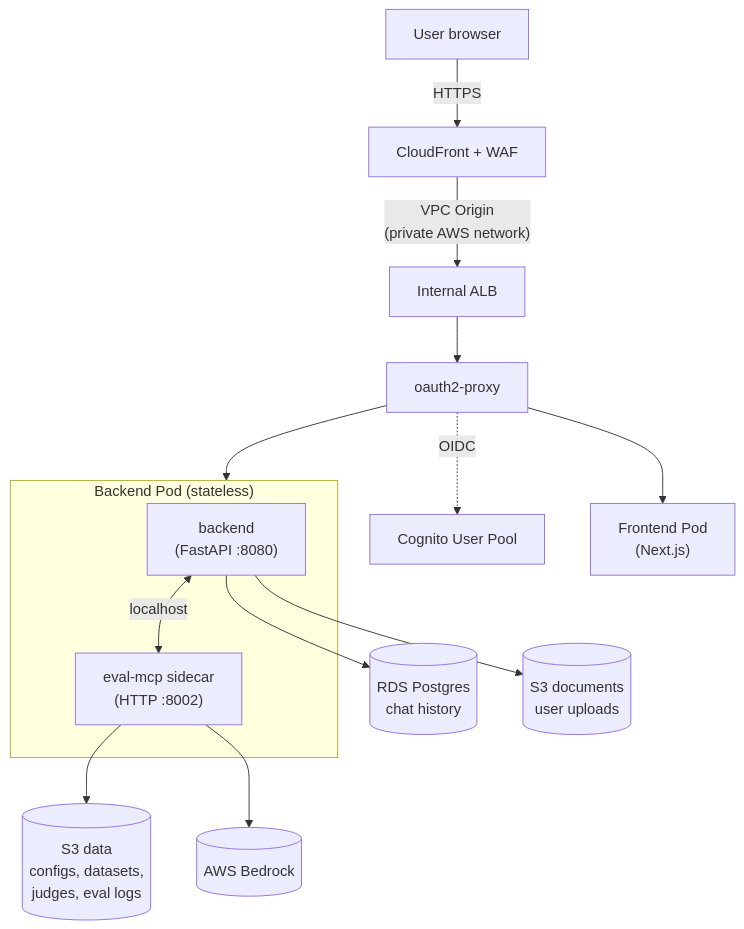
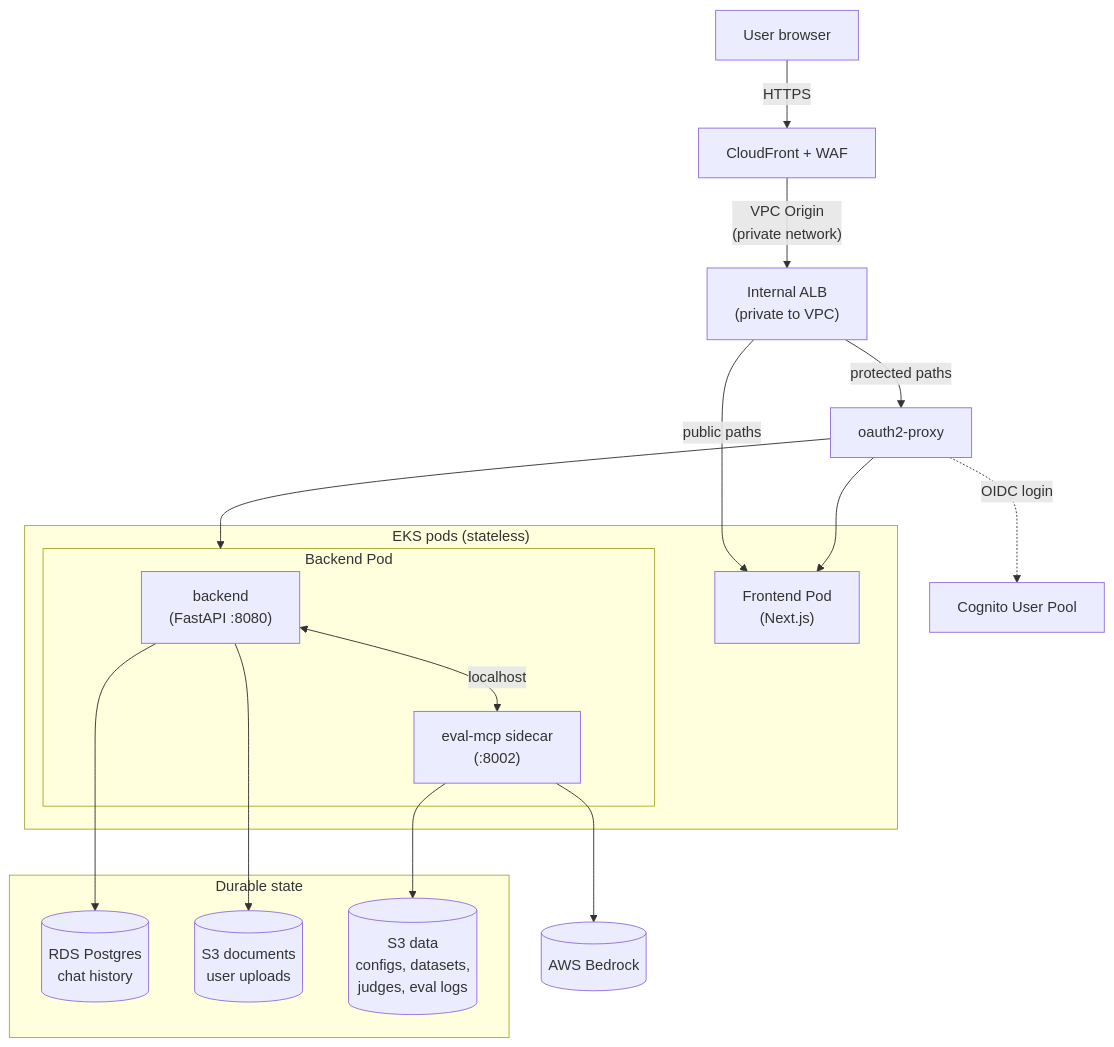
Before and after one commit to awslabs/llm-evaluation-system: the third of 3 diagrams in ARCHITECTURE.md, drawn with Mermaid. The commit also changed other lines of this file, not shown here.

First line of the commit message:
docs(architecture): apply mermaid best practices for clarity

````diff
--- a/ARCHITECTURE.md
+++ b/ARCHITECTURE.md
@@ -77,21 +114,42 @@
 ```mermaid
 flowchart TB
-    User["User browser"] -->|"HTTPS"| CF["CloudFront + WAF"]
-    CF -->|"VPC Origin<br/>(private AWS network)"| ALB["Internal ALB"]
-    ALB --> OAuth["oauth2-proxy"]
-    OAuth -.->|"OIDC"| Cognito["Cognito User Pool"]
+    %% Ingress
+    User["User browser"]
+    CF["CloudFront + WAF"]
+    ALB["Internal ALB<br/>(private to VPC)"]
+    OAuth["oauth2-proxy"]
+    Cognito["Cognito User Pool"]
 
-    OAuth --> Frontend["Frontend Pod<br/>(Next.js)"]
+    %% Pods (stateless tier)
+    subgraph Pods["EKS pods (stateless)"]
+        Frontend["Frontend Pod<br/>(Next.js)"]
+        subgraph BackendPod["Backend Pod"]
+            BE["backend<br/>(FastAPI :8080)"]
+            MCP["eval-mcp sidecar<br/>(:8002)"]
+            BE <-->|"localhost"| MCP
+        end
+    end
+
+    %% Durable tier
+    subgraph Durable["Durable state"]
+        RDS[("RDS Postgres<br/>chat history")]
+        S3Docs[("S3 documents<br/>user uploads")]
+        S3Data[("S3 data<br/>configs, datasets,<br/>judges, eval logs")]
+    end
+
+    Bedrock[("AWS Bedrock")]
+
+    %% Flow
+    User -->|"HTTPS"| CF
+    CF -->|"VPC Origin<br/>(private network)"| ALB
+    ALB -->|"public paths"| Frontend
+    ALB -->|"protected paths"| OAuth
+    OAuth -.->|"OIDC login"| Cognito
+    OAuth --> Frontend
     OAuth --> BackendPod
 
-    subgraph BackendPod["Backend Pod (stateless)"]
-        BE["backend<br/>(FastAPI :8080)"]
-        MCP["eval-mcp sidecar<br/>(HTTP :8002)"]
-        BE <-->|"localhost"| MCP
-    end
-
-    BE --> RDS[("RDS Postgres<br/>chat history")]
-    BE --> S3Docs[("S3 documents<br/>user uploads")]
-    MCP --> S3Data[("S3 data<br/>configs, datasets,<br/>judges, eval logs")]
-    MCP --> Bedrock[("AWS Bedrock")]
+    BE --> RDS
+    BE --> S3Docs
+    MCP --> S3Data
+    MCP --> Bedrock
 ```
````
